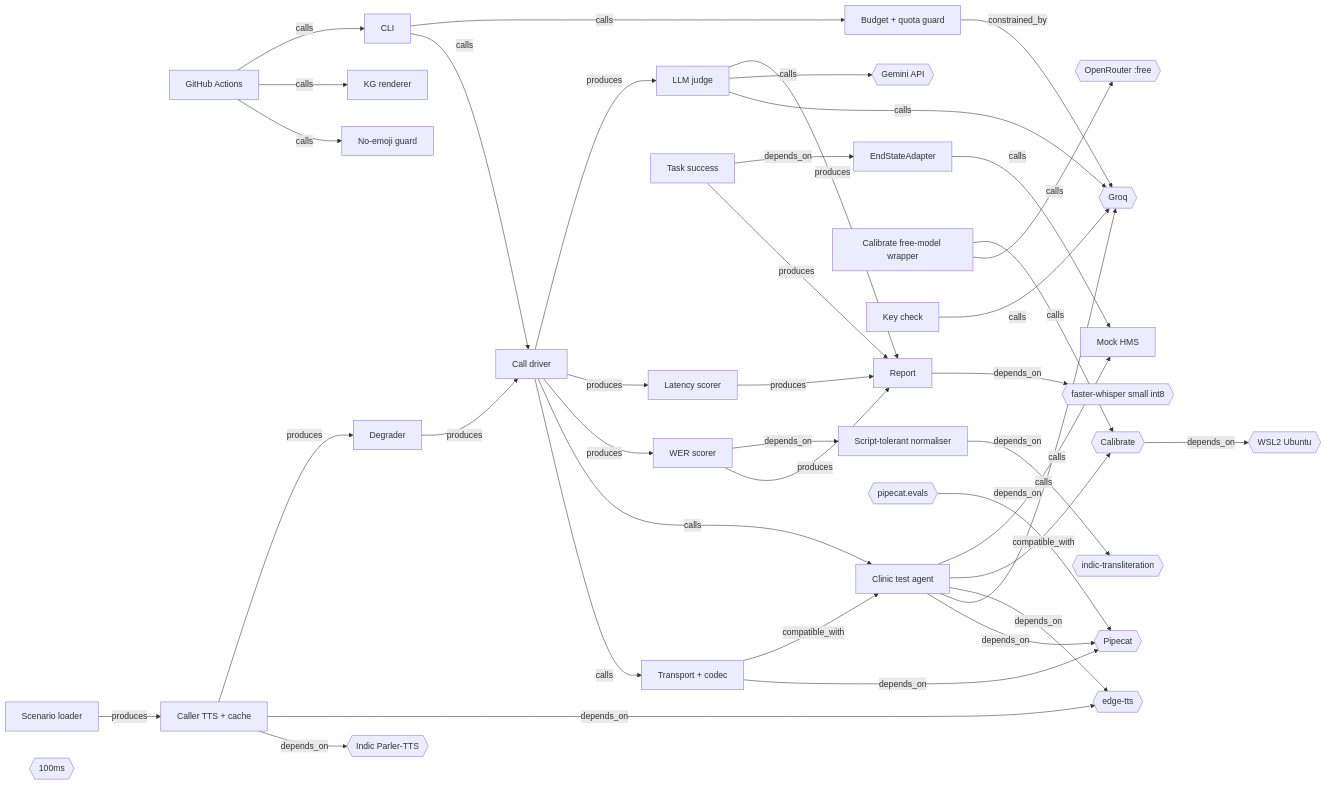
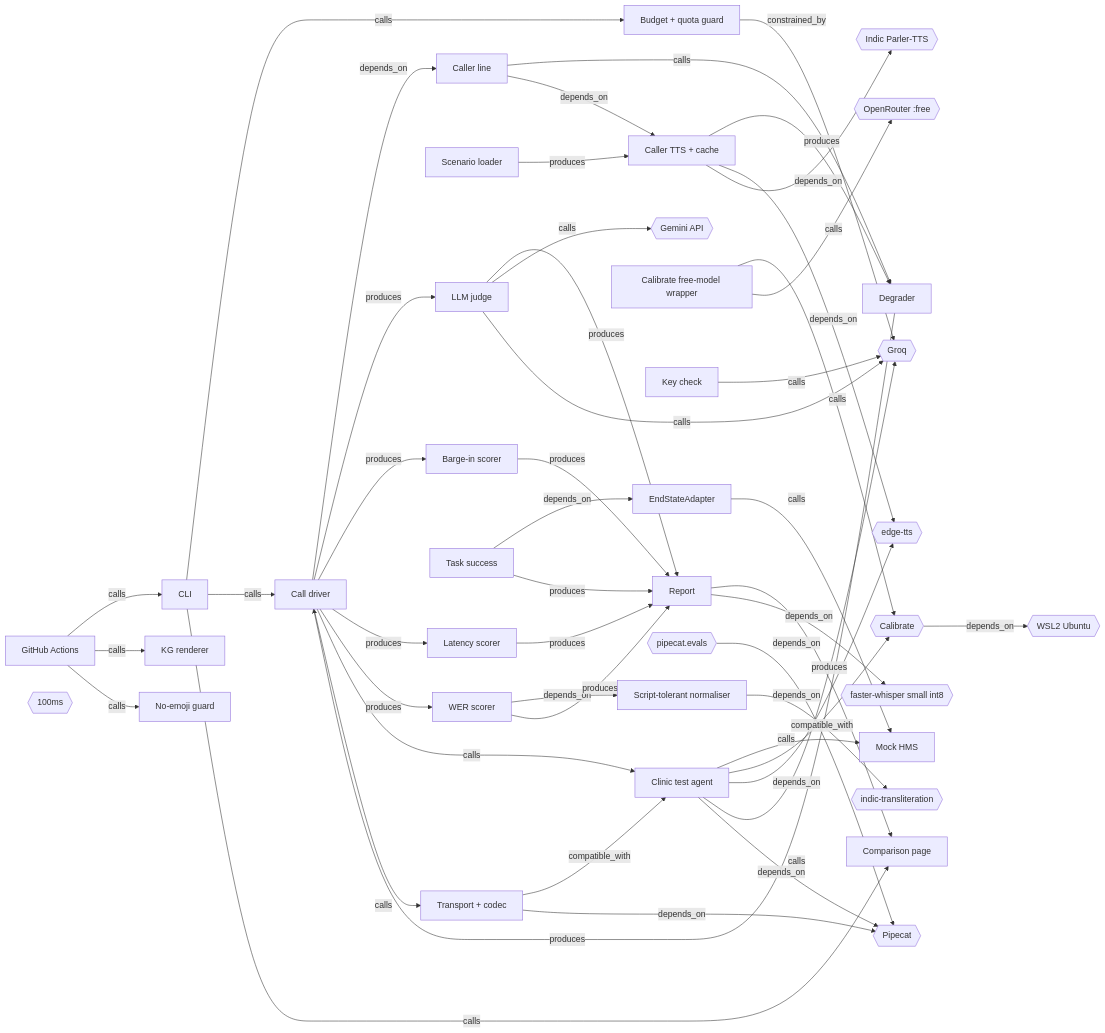
Before and after one commit to yatinannam/parakh: the first of 3 diagrams in docs/kg/README.md, drawn with Mermaid. The commit also changed other lines of this file and 4 other files, not shown here.

Commit message:
docs: record M2 in the spec, README and knowledge graph

```diff
--- a/docs/kg/README.md
+++ b/docs/kg/README.md
@@ -23,6 +23,7 @@
 flowchart LR
   budget["Budget + quota guard"]
   call_driver["Call driver"]
+  caller_line["Caller line"]
   ci["GitHub Actions"]
   cli["CLI"]
   degrader["Degrader"]
@@ -31,7 +32,9 @@
   mock_hms["Mock HMS"]
   normalizer["Script-tolerant normaliser"]
   report["Report"]
+  report_compare["Comparison page"]
   scenario["Scenario loader"]
+  score_bargein["Barge-in scorer"]
   score_latency["Latency scorer"]
   score_task["Task success"]
   score_wer["WER scorer"]
@@ -55,24 +58,31 @@
   x_whisper{{"faster-whisper small int8"}}
   x_wsl{{"WSL2 Ubuntu"}}
   budget -->|constrained_by| x_groq
+  call_driver -->|depends_on| caller_line
   call_driver -->|produces| judge
+  call_driver -->|produces| score_bargein
   call_driver -->|produces| score_latency
   call_driver -->|produces| score_wer
   call_driver -->|calls| test_agent
   call_driver -->|calls| transport_codec
+  caller_line -->|calls| degrader
+  caller_line -->|depends_on| tts_cache
   ci -->|calls| cli
   ci -->|calls| t_kg_render
   ci -->|calls| t_no_emoji
   cli -->|calls| budget
   cli -->|calls| call_driver
+  cli -->|calls| report_compare
   degrader -->|produces| call_driver
   end_state_adapter -->|calls| mock_hms
   judge -->|produces| report
   judge -->|calls| x_gemini
   judge -->|calls| x_groq
   normalizer -->|depends_on| x_indic_translit
+  report -->|produces| report_compare
   report -->|depends_on| x_whisper
   scenario -->|produces| tts_cache
+  score_bargein -->|produces| report
   score_latency -->|produces| report
   score_task -->|depends_on| end_state_adapter
   score_task -->|produces| report
```
